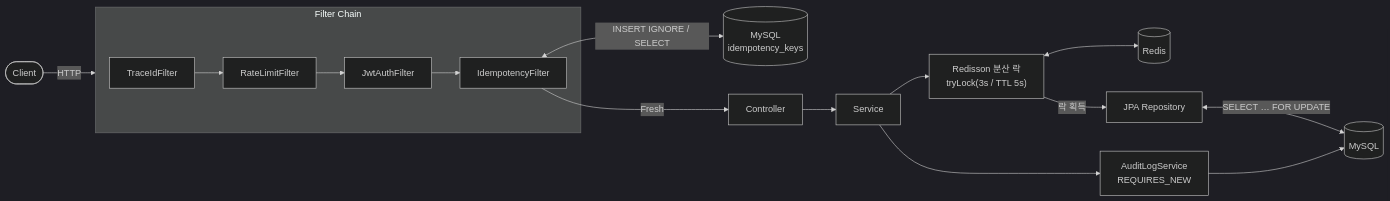
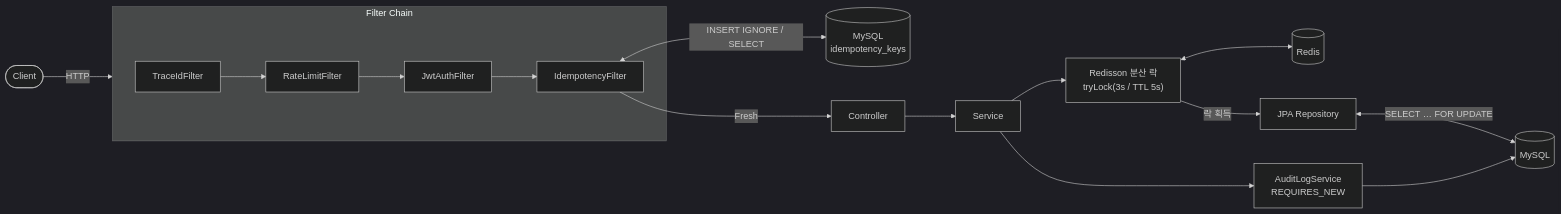
Before and after one commit to jung32111/concurrent-banking-api: the first of 4 diagrams in README.md, drawn with Mermaid (dark theme).

Commit message:
docs: 아키텍처 다이어그램 크기 확대

````diff
--- a/README.md
+++ b/README.md
@@ -44,22 +44,23 @@
 ```mermaid
+%%{init: {"flowchart": {"nodeSpacing": 60, "rankSpacing": 80}}}%%
 flowchart LR
     Client(["Client"])
 
     subgraph chain["Filter Chain"]
         TF["TraceIdFilter"] --> RF["RateLimitFilter"] --> JF["JwtAuthFilter"] --> IF["IdempotencyFilter"]
     end
 
     Client -->|HTTP| chain
     IF <-->|"INSERT IGNORE / SELECT"| idb[("MySQL\nidempotency_keys")]
     IF -->|"Fresh"| ctrl["Controller"]
 
     ctrl --> svc["Service"]
 
     svc --> lock["Redisson 분산 락\ntryLock(3s / TTL 5s)"]
     lock <--> redis[("Redis")]
     lock -->|"락 획득"| repo["JPA Repository"]
     repo <-->|"SELECT … FOR UPDATE"| db[("MySQL")]
 
     svc --> audit["AuditLogService\nREQUIRES_NEW"]
     audit --> db
 ```
````
